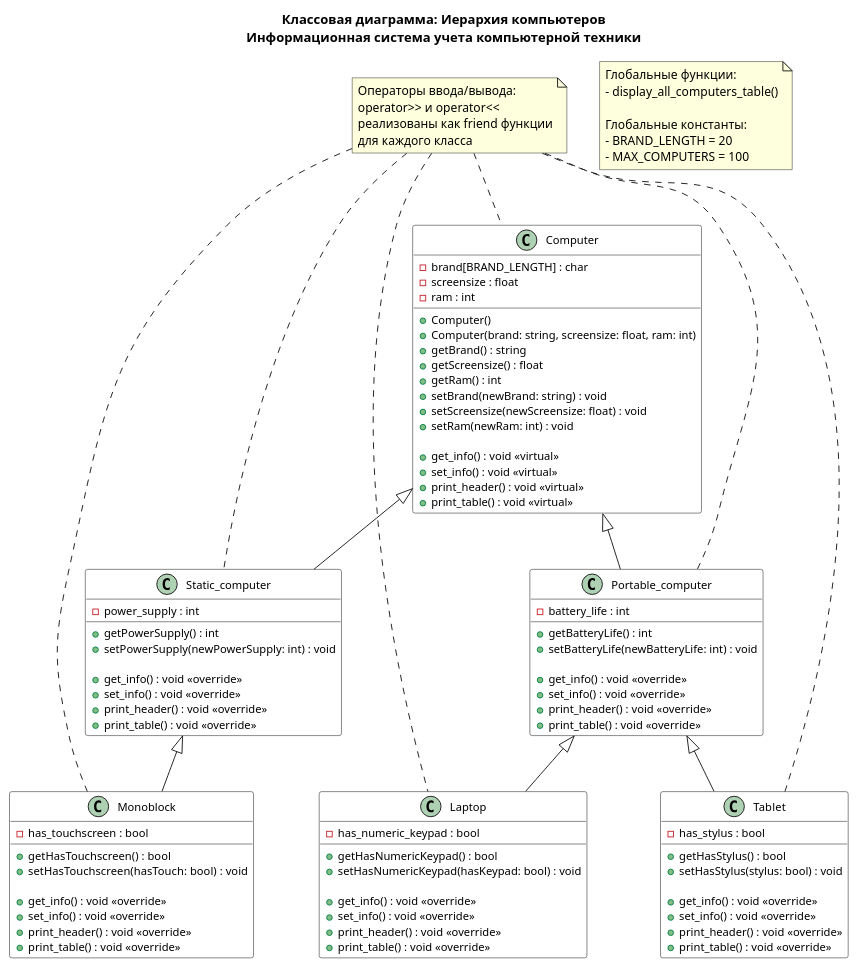
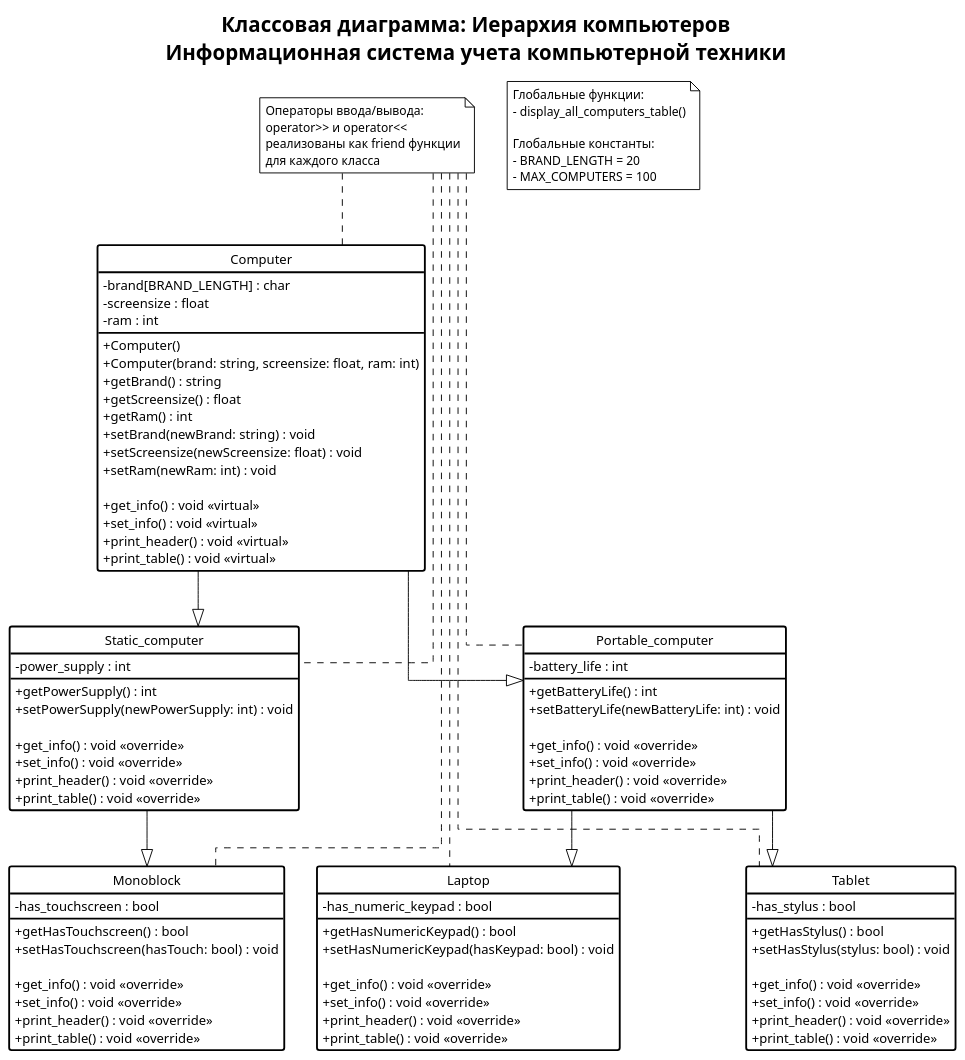
Before and after one commit to anotherholeee/CPPLabs: the diagram in lab3/test.puml, drawn with PlantUML.

Commit message:
uml changes

```diff
--- a/lab3/test.puml
+++ b/lab3/test.puml
@@ -1,130 +1,144 @@
 @startuml ComputerClassDiagramCompact
+
+!theme plain
+
+skinparam linetype ortho
+skinparam classRoundCorner 0
+skinparam classBorderThickness 2
+skinparam classFontName "Times New Roman"
+skinparam classFontSize 14
+skinparam classFontStyle normal
+skinparam classFontColor black
+skinparam classAttributeIconSize 0
+skinparam classBorderColor black
+skinparam classBackgroundColor white
+skinparam classArrowColor black
+skinparam classAbstractFontStyle italic
+skinparam classAbstractFontColor black
+skinparam classAbstractUnderline true
+skinparam inheritanceArrowColor black
+hide circle
 
 title Классовая диаграмма: Иерархия компьютеров\nИнформационная система учета компьютерной техники
 
-skinparam class {
-    BackgroundColor White
-    BorderColor Black
-    FontSize 13
-    AttributeFontSize 12
-    MethodFontSize 12
-}
-
-skinparam package {
-    BackgroundColor #F0F0F0
-    BorderColor #666666
-}
-
-' Базовый класс
+' Базовый класс - вверху посередине
 class Computer {
   {field} - brand[BRAND_LENGTH] : char
   {field} - screensize : float
   {field} - ram : int
 
   {method} + Computer()
   {method} + Computer(brand: string, screensize: float, ram: int)
   {method} + getBrand() : string
   {method} + getScreensize() : float
   {method} + getRam() : int
   {method} + setBrand(newBrand: string) : void
   {method} + setScreensize(newScreensize: float) : void
   {method} + setRam(newRam: int) : void
 
   {method} + get_info() : void <<virtual>>
   {method} + set_info() : void <<virtual>>
   {method} + print_header() : void <<virtual>>
   {method} + print_table() : void <<virtual>>
 }
 
 ' Промежуточные классы
 class Static_computer {
   {field} - power_supply : int
 
   {method} + getPowerSupply() : int
   {method} + setPowerSupply(newPowerSupply: int) : void
 
   {method} + get_info() : void <<override>>
   {method} + set_info() : void <<override>>
   {method} + print_header() : void <<override>>
   {method} + print_table() : void <<override>>
 }
 
 class Portable_computer {
   {field} - battery_life : int
 
   {method} + getBatteryLife() : int
   {method} + setBatteryLife(newBatteryLife: int) : void
 
   {method} + get_info() : void <<override>>
   {method} + set_info() : void <<override>>
   {method} + print_header() : void <<override>>
   {method} + print_table() : void <<override>>
 }
 
 ' Конкретные классы
 class Monoblock {
   {field} - has_touchscreen : bool
 
   {method} + getHasTouchscreen() : bool
   {method} + setHasTouchscreen(hasTouch: bool) : void
 
   {method} + get_info() : void <<override>>
   {method} + set_info() : void <<override>>
   {method} + print_header() : void <<override>>
   {method} + print_table() : void <<override>>
 }
 
 class Laptop {
   {field} - has_numeric_keypad : bool
 
   {method} + getHasNumericKeypad() : bool
   {method} + setHasNumericKeypad(hasKeypad: bool) : void
 
   {method} + get_info() : void <<override>>
   {method} + set_info() : void <<override>>
   {method} + print_header() : void <<override>>
   {method} + print_table() : void <<override>>
 }
 
 class Tablet {
   {field} - has_stylus : bool
 
   {method} + getHasStylus() : bool
   {method} + setHasStylus(stylus: bool) : void
 
   {method} + get_info() : void <<override>>
   {method} + set_info() : void <<override>>
   {method} + print_header() : void <<override>>
   {method} + print_table() : void <<override>>
 }
 
-' Отношения наследования
-Computer <|-- Static_computer
-Computer <|-- Portable_computer
-Static_computer <|-- Monoblock
-Portable_computer <|-- Laptop
-Portable_computer <|-- Tablet
+' Простая структура с невидимыми связями
+' Computer вверху
+' Static_computer и Portable_computer на одном уровне ниже
+' Monoblock под Static_computer, Laptop и Tablet под Portable_computer
+
+Computer -[hidden]down- dummy1
+dummy1 -[hidden]left- Static_computer
+dummy1 -[hidden]right- Portable_computer
+
+Static_computer -[hidden]down- Monoblock
+
+Portable_computer -[hidden]down- dummy2
+dummy2 -[hidden]left- Laptop
+dummy2 -[hidden]right- Tablet
+
+' Отношения наследования с прямыми углами
+Computer -down-|> Static_computer
+Computer -down-|> Portable_computer
+Static_computer -down-|> Monoblock
+Portable_computer -down-|> Laptop
+Portable_computer -down-|> Tablet
+
+hide dummy1
+hide dummy2
 
 ' Перегрузка операторов (отдельная заметка)
 note "Операторы ввода/вывода:\noperator>> и operator<<\nреализованы как friend функции\nдля каждого класса" as OperatorsNote
 OperatorsNote .. Computer
 OperatorsNote .. Static_computer
 OperatorsNote .. Portable_computer
 OperatorsNote .. Monoblock
 OperatorsNote .. Laptop
 OperatorsNote .. Tablet
 
 ' Вспомогательные функции
 note "Глобальные функции:\n- display_all_computers_table()\n\nГлобальные константы:\n- BRAND_LENGTH = 20\n- MAX_COMPUTERS = 100" as GlobalsNote
 
-' Стили для визуализации
-skinparam classBackgroundColor {
-  Computer #E8F4FD
-  Static_computer #F0F8FF
-  Portable_computer #F0FFF0
-  Monoblock #FFF0F5
-  Laptop #FFF8DC
-  Tablet #F5F5DC
-}
-
 @enduml
```
